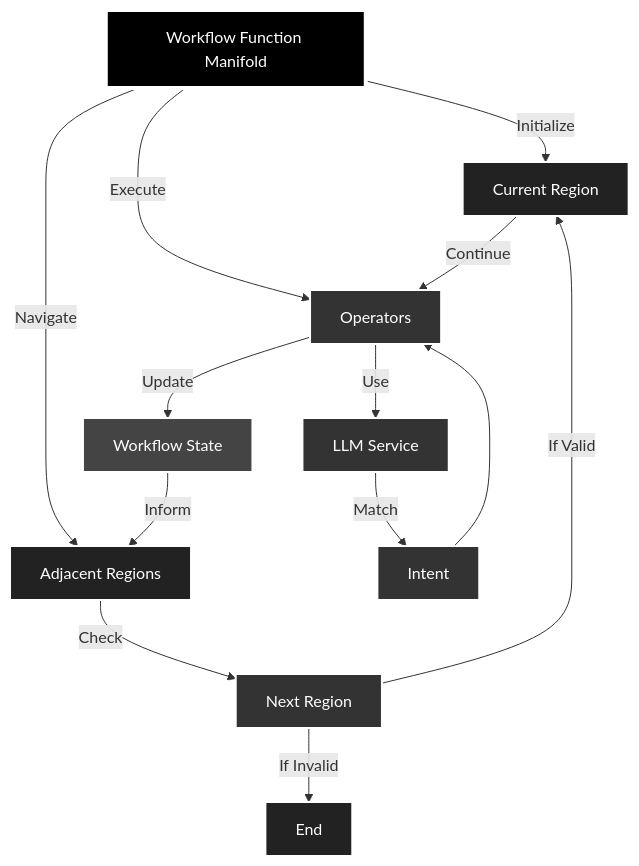
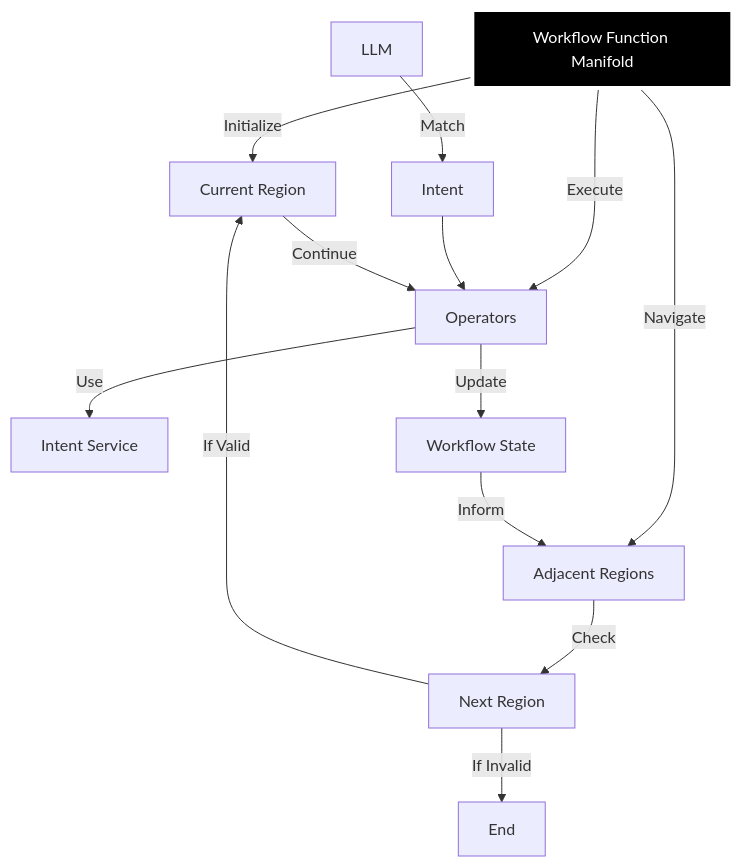
The diagram in README.md (seemueller-io/manifold-workflow-engine), drawn with Mermaid before and after one commit. The commit also changed other lines of this file and 3 other files, not shown here.

First line of the commit message:
Rename LLM service to Intent service and refactor relevant code

````diff
--- a/README.md
+++ b/README.md
@@ -34,25 +33,16 @@
 ```mermaid
 graph TD
    MF[Workflow Function Manifold] -->|Initialize| CR[Current Region]
    MF -->|Navigate| AR[Adjacent Regions]
    MF -->|Execute| OP[Operators]
-   OP -->|Use| LLM[LLM Service]
+   OP -->|Use| Intent[Intent Service]
    LLM -->|Match| INT[Intent]
    INT --> OP
    OP -->|Update| ST[Workflow State]
    ST -->|Inform| AR
    AR -->|Check| NR[Next Region]
    NR -->|If Valid| CR
    CR -->|Continue| OP
    NR -->|If Invalid| END[End]
-
    style MF fill:#000000,stroke:#FFFFFF,stroke-width:4px,color:#ffffff
-   style CR fill:#222222,stroke:#FFFFFF,stroke-width:2px,color:#ffffff
-   style AR fill:#222222,stroke:#FFFFFF,stroke-width:2px,color:#ffffff
-   style OP fill:#333333,stroke:#FFFFFF,stroke-width:2px,color:#ffffff
-   style LLM fill:#333333,stroke:#FFFFFF,stroke-width:2px,color:#ffffff
-   style INT fill:#333333,stroke:#FFFFFF,stroke-width:2px,color:#ffffff
-   style NR fill:#333333,stroke:#FFFFFF,stroke-width:2px,color:#ffffff
-   style END fill:#222222,stroke:#FFFFFF,stroke-width:2px,color:#ffffff
-   style ST fill:#444444,stroke:#FFFFFF,stroke-width:2px,color:#ffffff
 ```
````
